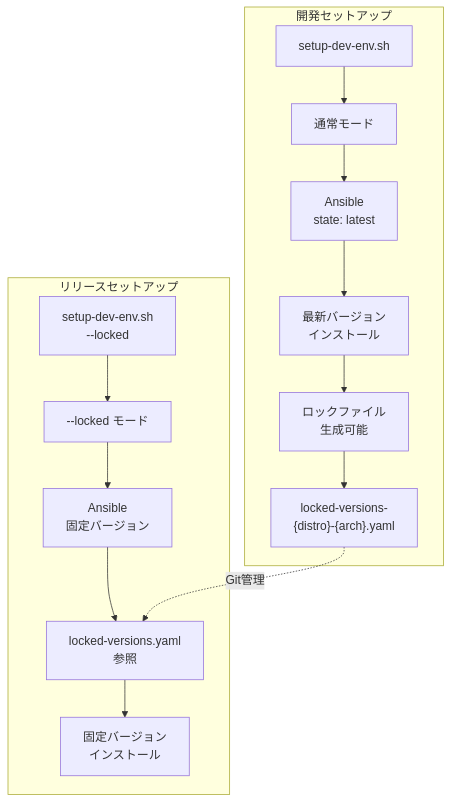
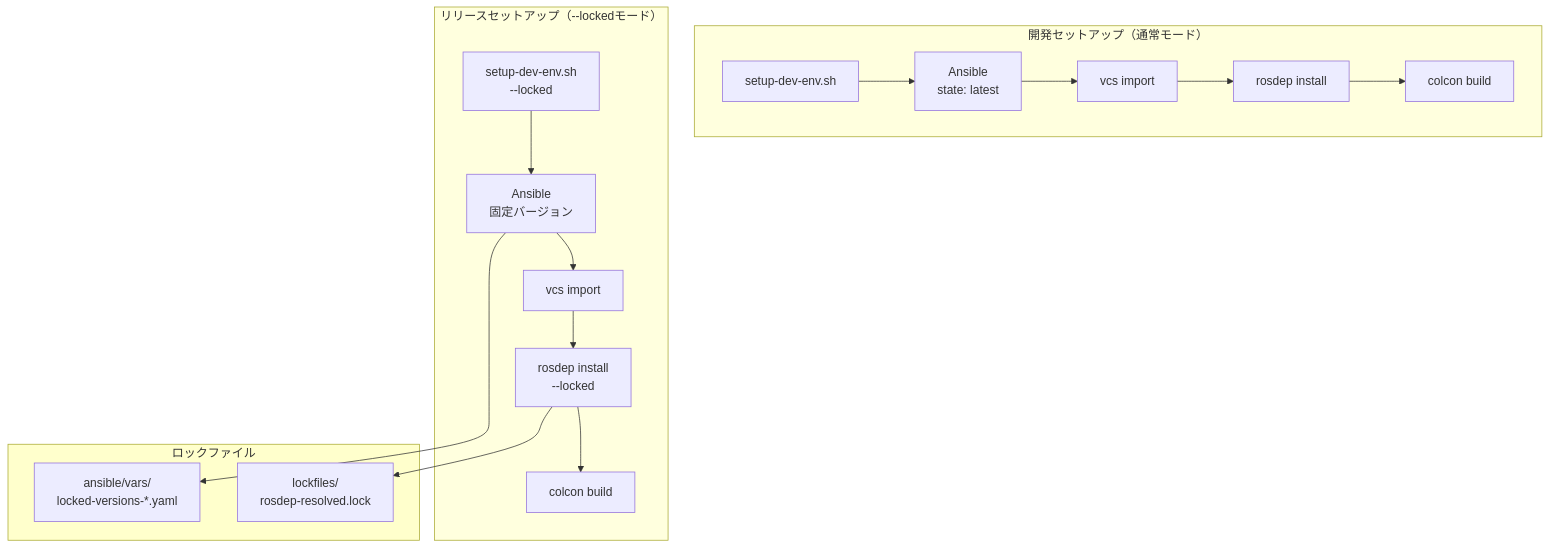
One commit to youtalk/autoware changed the diagram in docs/design/dependency-pinning-native.md. Above: the diagram before and after it, drawn with Mermaid. The commit also changed other lines of this file and 2 other files, not shown here.

Commit message:
docs(design): unify rosdep lock between Docker and native setups
Both Docker and native setups follow the same full setup flow:
1. setup-dev-env.sh (Ansible) -> basic packages
2. vcs import -> source code
3. rosdep install -> ROS dependencies from package.xml
4. colcon build

Therefore, rosdep lock is shared between both setups, not Docker-only.
Docker-specific locks are now limited to:
- Base image digest
- Dockerfile-internal Python packages (pip install)

https://claude.ai/code/session_01UU5wZ4o4Md3LhKkHui2tsN

````diff
--- a/docs/design/dependency-pinning-native.md
+++ b/docs/design/dependency-pinning-native.md
@@ -11,19 +16,26 @@
 ```mermaid
 flowchart TB
-    subgraph dev["開発セットアップ"]
-        A1[setup-dev-env.sh] --> B1[通常モード]
-        B1 --> C1["Ansible<br/>state: latest"]
-        C1 --> D1[最新バージョン<br/>インストール]
-        D1 --> E1[ロックファイル<br/>生成可能]
-        E1 --> F1["locked-versions-<br/>{distro}-{arch}.yaml"]
+    subgraph dev["開発セットアップ（通常モード）"]
+        A1[setup-dev-env.sh] --> B1["Ansible<br/>state: latest"]
+        B1 --> C1[vcs import]
+        C1 --> D1[rosdep install]
+        D1 --> E1[colcon build]
     end
 
-    subgraph release["リリースセットアップ"]
-        A2["setup-dev-env.sh<br/>--locked"] --> B2[--locked モード]
-        B2 --> C2["Ansible<br/>固定バージョン"]
-        C2 --> D2["locked-versions.yaml<br/>参照"]
-        D2 --> E2[固定バージョン<br/>インストール]
+    subgraph release["リリースセットアップ（--lockedモード）"]
+        A2["setup-dev-env.sh<br/>--locked"] --> B2["Ansible<br/>固定バージョン"]
+        B2 --> C2[vcs import]
+        C2 --> D2["rosdep install<br/>--locked"]
+        D2 --> E2[colcon build]
     end
 
-    F1 -.->|Git管理| D2
+    subgraph locks["ロックファイル"]
+        L1["ansible/vars/<br/>locked-versions-*.yaml"]
+        L2["lockfiles/<br/>rosdep-resolved.lock"]
+    end
+
+    B2 --> L1
+    D2 --> L2
+
+    style locks fill:#ffffcc
 ```
````
